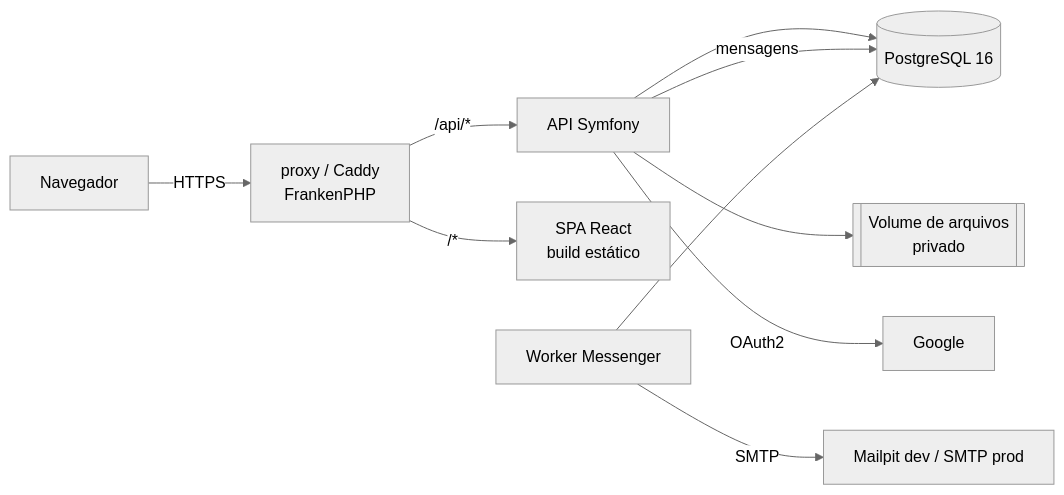
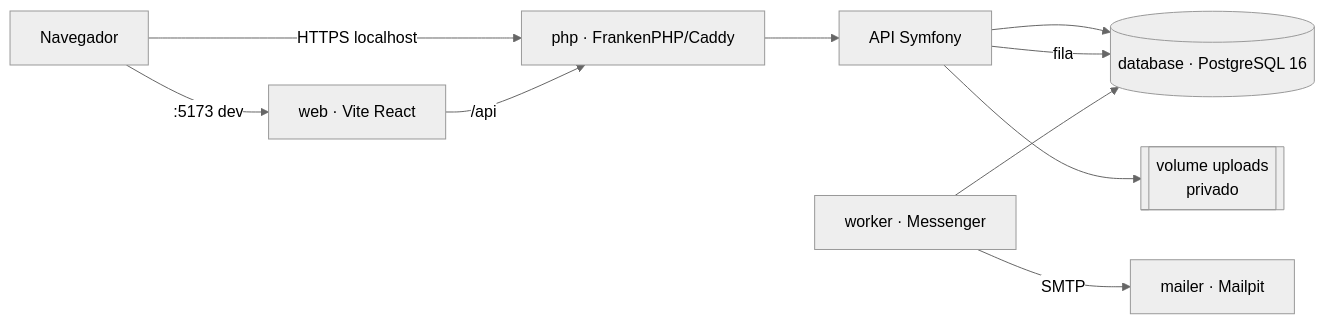
One commit to Jeda-Ismael/TccHub changed the first of 3 diagrams in docs/ARQUITETURA.md. Above: the diagram before and after it, drawn with Mermaid (neutral theme). The commit also changed other lines of this file, not shown here.

````diff
--- a/docs/ARQUITETURA.md
+++ b/docs/ARQUITETURA.md
@@ -11,12 +34,12 @@
 ```mermaid
 flowchart LR
-    U[Navegador] -->|HTTPS| P[proxy / Caddy<br/>FrankenPHP]
-    P -->|/api/*| A[API Symfony]
-    P -->|/*| W[SPA React<br/>build estático]
-    A --> DB[(PostgreSQL 16)]
-    A --> FS[[Volume de arquivos<br/>privado]]
-    A -->|mensagens| DB
-    WK[Worker Messenger] --> DB
-    WK -->|SMTP| M[Mailpit dev / SMTP prod]
-    A -->|OAuth2| G[Google]
+    U[Navegador] -->|HTTPS localhost| P[php · FrankenPHP/Caddy]
+    U -->|:5173 dev| W[web · Vite React]
+    W -->|/api| P
+    P --> A[API Symfony]
+    A --> DB[(database · PostgreSQL 16)]
+    A --> FS[[volume uploads<br/>privado]]
+    A -->|fila| DB
+    WK[worker · Messenger] --> DB
+    WK -->|SMTP| M[mailer · Mailpit]
 ```
````
